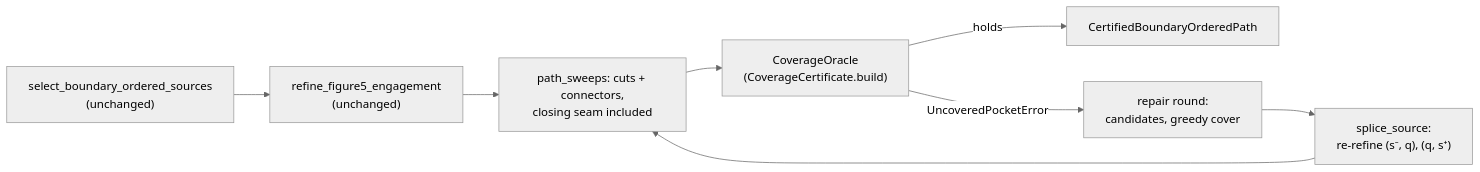
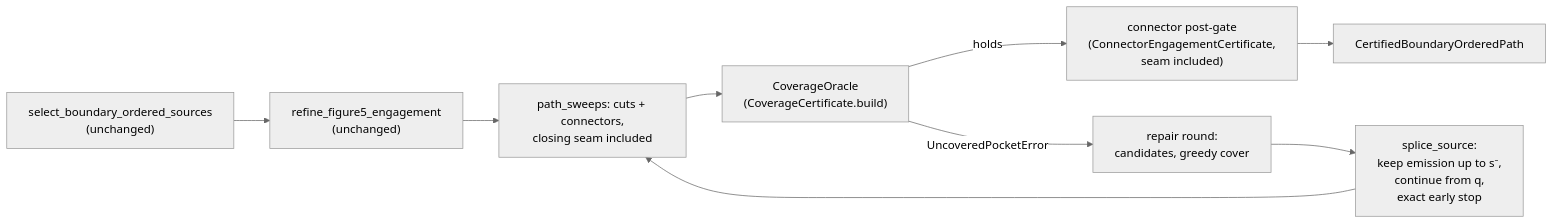
Before and after one commit to jf---/compas_cgal: the diagram in docs/held_coverage_preserving_selection.md, drawn with Mermaid (neutral theme). The commit also changed other lines of this file and 36 other files, not shown here.

Commit message:
held: certified coverage repair (exact early-stop splice), connector repair + seam gate in refinement, refinement split; regenerate acceptance + path digests

````diff
--- a/docs/held_coverage_preserving_selection.md
+++ b/docs/held_coverage_preserving_selection.md
@@ -105,10 +110,11 @@
 ```mermaid
 flowchart LR
   sel["select_boundary_ordered_sources<br/>(unchanged)"] --> ref["refine_figure5_engagement<br/>(unchanged)"]
   ref --> sw["path_sweeps: cuts + connectors,<br/>closing seam included"]
   sw --> cert["CoverageOracle<br/>(CoverageCertificate.build)"]
-  cert -- holds --> out["CertifiedBoundaryOrderedPath"]
+  cert -- holds --> gate
   cert -- UncoveredPocketError --> rep["repair round:<br/>candidates, greedy cover"]
-  rep --> splice["splice_source:<br/>re-refine (s⁻, q), (q, s⁺)"]
+  rep --> splice["splice_source:<br/>keep emission up to s⁻,<br/>continue from q,<br/>exact early stop"]
   splice --> sw
+  gate["connector post-gate<br/>(ConnectorEngagementCertificate,<br/>seam included)"] --> out["CertifiedBoundaryOrderedPath"]
 ```
````
